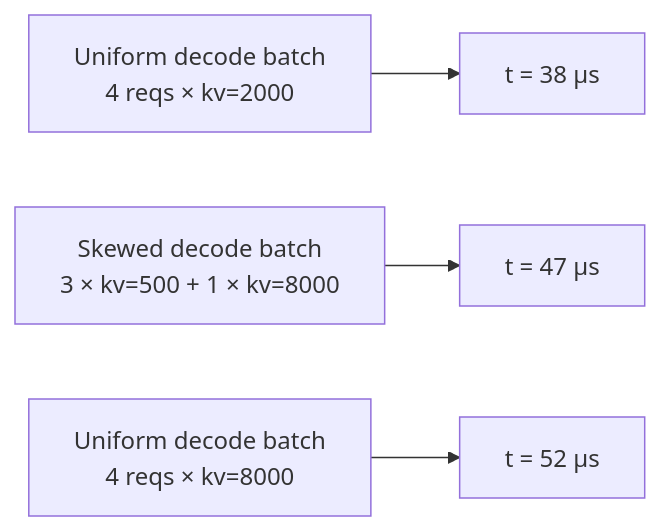
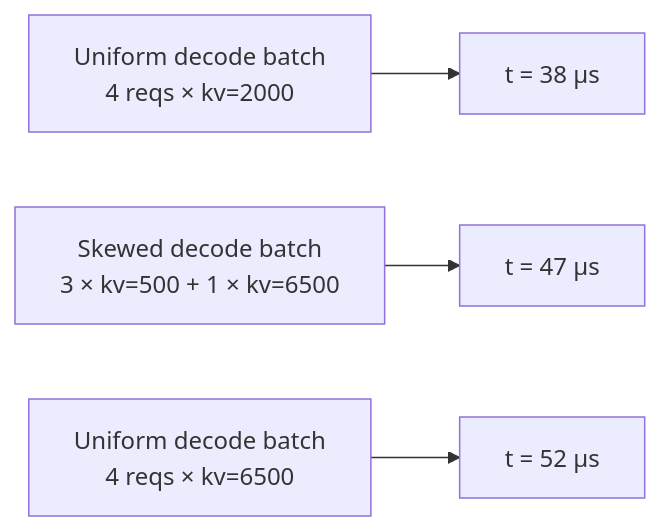
The diagram in docs/docs/profiler/skew-alpha-fit.md (casys-kaist/LLMServingSim), drawn with Mermaid before and after one commit. The commit also changed other lines of this file and 10 other files, not shown here.

````diff
--- a/docs/docs/profiler/skew-alpha-fit.md
+++ b/docs/docs/profiler/skew-alpha-fit.md
@@ -20,6 +19,6 @@
 ```mermaid
 flowchart LR
     UNIFORM["Uniform decode batch<br/>4 reqs × kv=2000"] --> T1["t = 38 µs"]
-    SKEWED["Skewed decode batch<br/>3 × kv=500 + 1 × kv=8000"] --> T2["t = 47 µs"]
-    UNIFORM2["Uniform decode batch<br/>4 reqs × kv=8000"] --> T3["t = 52 µs"]
+    SKEWED["Skewed decode batch<br/>3 × kv=500 + 1 × kv=6500"] --> T2["t = 47 µs"]
+    UNIFORM2["Uniform decode batch<br/>4 reqs × kv=6500"] --> T3["t = 52 µs"]
 ```
````
